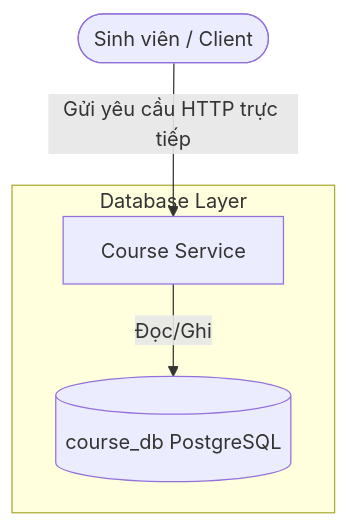
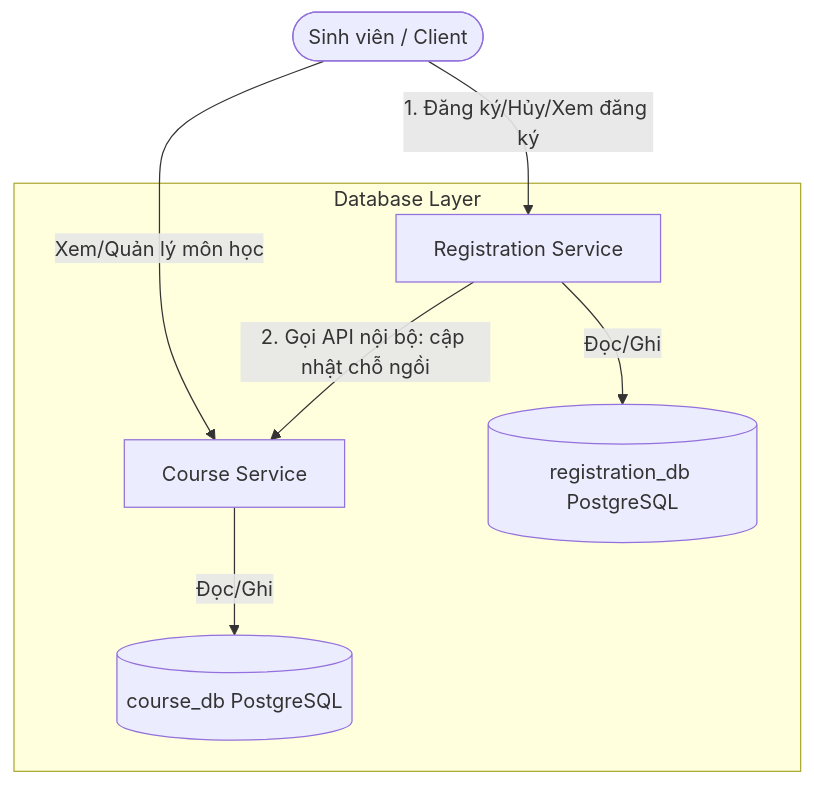
The diagram in docs/thiet-ke-bien-gioi-service.md (LeGiaHung29805/crs-microservices), drawn with Mermaid before and after one commit. The commit also changed other lines of this file and 1 other file, not shown here.

Commit message:
docs: update API blueprint and service boundaries design for session 3

````diff
--- a/docs/thiet-ke-bien-gioi-service.md
+++ b/docs/thiet-ke-bien-gioi-service.md
@@ -14,8 +13,12 @@
 ```mermaid
 graph TD
-    User([Sinh viên / Client]) -->|Gửi yêu cầu HTTP trực tiếp| CourseService[Course Service]
+    User([Sinh viên / Client]) -->|1. Đăng ký/Hủy/Xem đăng ký| RegistrationService[Registration Service]
+    User -->|Xem/Quản lý môn học| CourseService[Course Service]
+    
+    RegistrationService -->|2. Gọi API nội bộ: cập nhật chỗ ngồi| CourseService
     
     subgraph Database Layer
         CourseService -->|Đọc/Ghi| DB_Course[(course_db PostgreSQL)]
+        RegistrationService -->|Đọc/Ghi| DB_Reg[(registration_db PostgreSQL)]
     end
 ```
````
